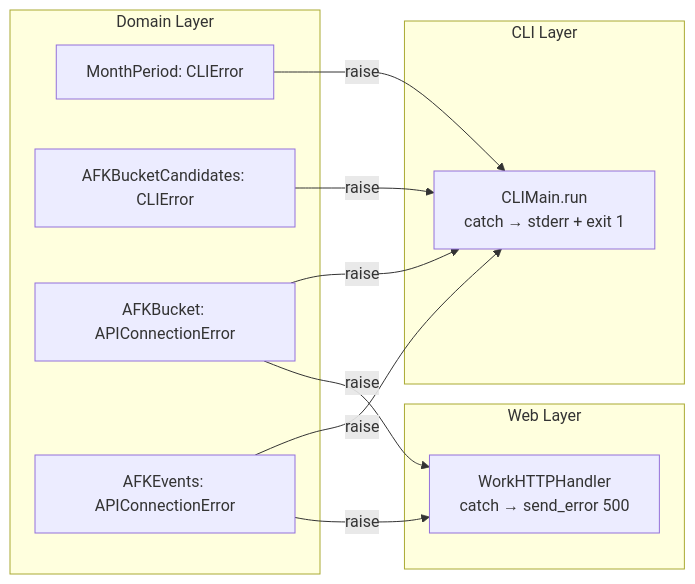
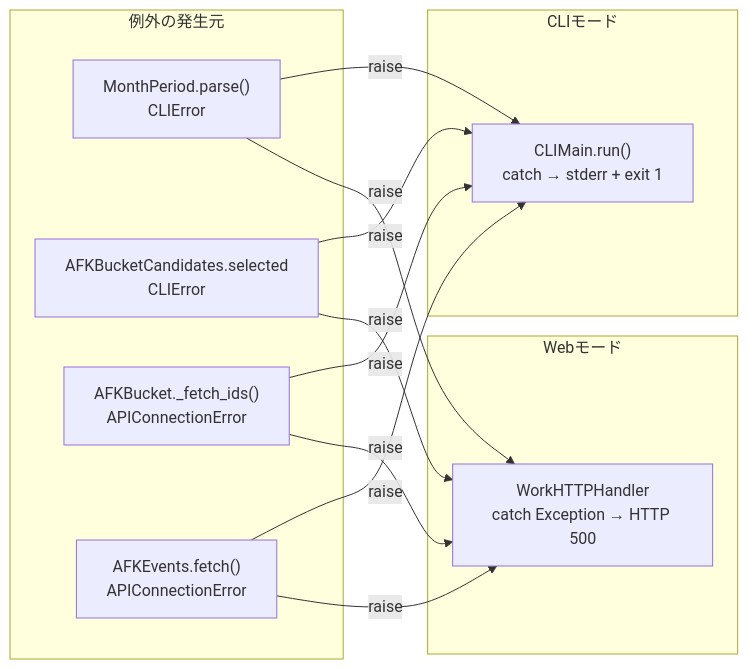
One commit to shinyaohtani/aw-work-hours changed the tenth of 13 diagrams in docs/architecture.md. Above: the diagram before and after it, drawn with Mermaid. The commit also changed other lines of this file, not shown here.

First line of the commit message:
Rewrite architecture.md to reflect current codebase

````diff
--- a/docs/architecture.md
+++ b/docs/architecture.md
@@ -150,24 +418,26 @@
 ```mermaid
 flowchart LR
-    subgraph domain[Domain Layer]
-        D1["MonthPeriod: CLIError"]
-        D2["AFKBucketCandidates: CLIError"]
-        D3["AFKBucket: APIConnectionError"]
-        D4["AFKEvents: APIConnectionError"]
+    subgraph raise["例外の発生元"]
+        MP["MonthPeriod.parse()<br/>CLIError"]
+        ABC["AFKBucketCandidates.selected<br/>CLIError"]
+        AB["AFKBucket._fetch_ids()<br/>APIConnectionError"]
+        AE["AFKEvents.fetch()<br/>APIConnectionError"]
     end
 
-    subgraph cli[CLI Layer]
-        C1["CLIMain.run\ncatch → stderr + exit 1"]
+    subgraph catch_cli["CLIモード"]
+        C1["CLIMain.run()<br/>catch → stderr + exit 1"]
     end
 
-    subgraph web[Web Layer]
-        W1["WorkHTTPHandler\ncatch → send_error 500"]
+    subgraph catch_web["Webモード"]
+        W1["WorkHTTPHandler<br/>catch Exception → HTTP 500"]
     end
 
-    D1 -->|raise| C1
-    D2 -->|raise| C1
-    D3 -->|raise| C1
-    D4 -->|raise| C1
-    D3 -->|raise| W1
-    D4 -->|raise| W1
+    MP -->|raise| C1
+    ABC -->|raise| C1
+    AB -->|raise| C1
+    AE -->|raise| C1
+    AB -->|raise| W1
+    AE -->|raise| W1
+    MP -->|raise| W1
+    ABC -->|raise| W1
 ```
````
